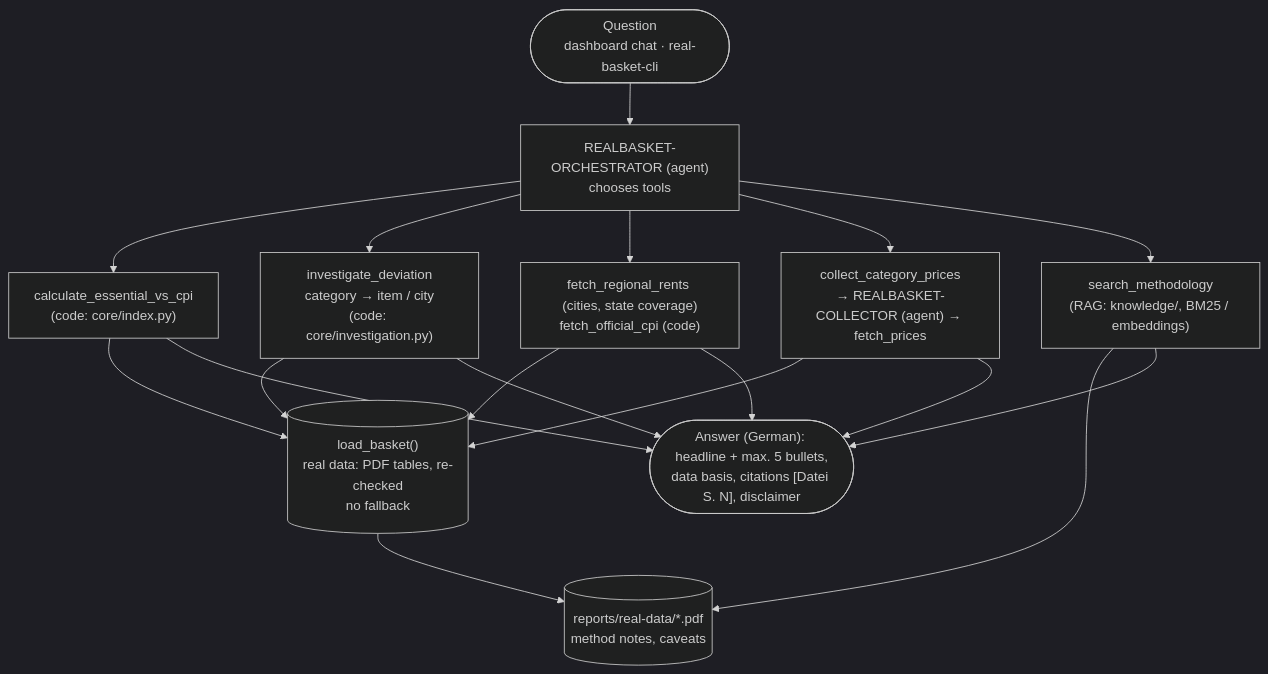
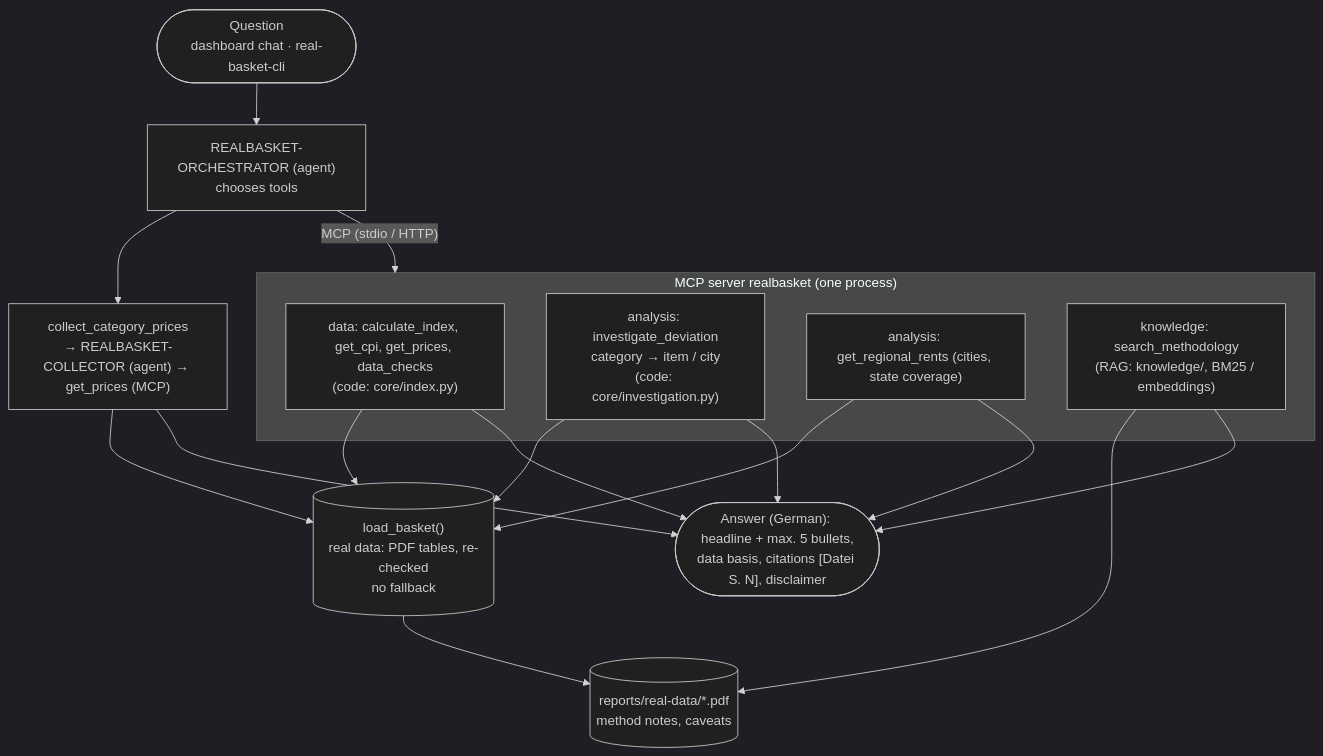
One commit to ValentinIliu1212/real-basket changed the diagram in docs/process-redesign.md. Above: the diagram before and after it, drawn with Mermaid (dark theme). The commit also changed 22 other files, not shown here.

First line of the commit message:
MCP phase 1: one MCP server 'realbasket' with areas data, analysis, knowledge

````diff
--- a/docs/process-redesign.md
+++ b/docs/process-redesign.md
@@ -28,14 +28,17 @@
 ```mermaid
 flowchart TD
     U(["Question<br/>dashboard chat · real-basket-cli"]) --> O
     O["REALBASKET-ORCHESTRATOR (agent)<br/>chooses tools"]
-    O --> C["calculate_essential_vs_cpi<br/>(code: core/index.py)"]
-    O --> I["investigate_deviation<br/>category → item / city<br/>(code: core/investigation.py)"]
-    O --> R["fetch_regional_rents (cities, state coverage)<br/>fetch_official_cpi (code)"]
-    O --> COL["collect_category_prices<br/>→ REALBASKET-COLLECTOR (agent) → fetch_prices"]
-    O --> K["search_methodology<br/>(RAG: knowledge/, BM25 / embeddings)"]
+    O -- "MCP (stdio / HTTP)" --> M
+    subgraph M["MCP server realbasket (one process)"]
+        C["data: calculate_index, get_cpi, get_prices, data_checks<br/>(code: core/index.py)"]
+        I["analysis: investigate_deviation<br/>category → item / city<br/>(code: core/investigation.py)"]
+        R["analysis: get_regional_rents (cities, state coverage)"]
+        K["knowledge: search_methodology<br/>(RAG: knowledge/, BM25 / embeddings)"]
+    end
+    O --> COL["collect_category_prices<br/>→ REALBASKET-COLLECTOR (agent) → get_prices (MCP)"]
     K --> PDF[("reports/real-data/*.pdf<br/>method notes, caveats")]
     C & I & R & COL --> B[("load_basket()<br/>real data: PDF tables, re-checked<br/>no fallback")]
     B --> PDF
     C & I & R & COL & K --> A(["Answer (German): headline + max. 5 bullets,<br/>data basis, citations [Datei S. N], disclaimer"])
 ```
````
